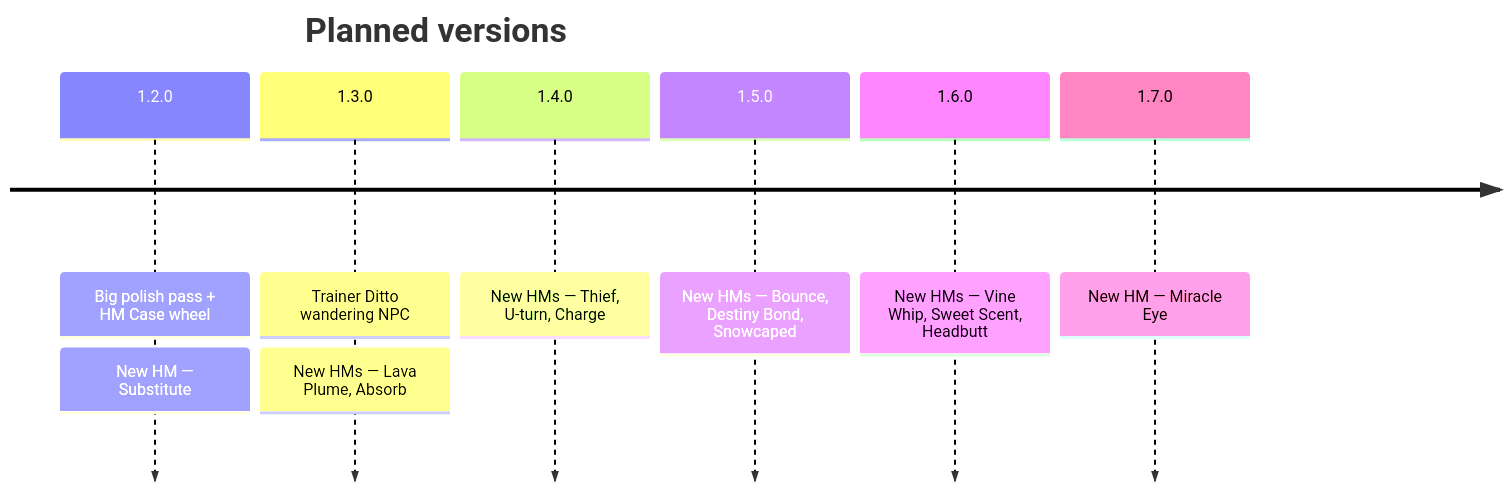
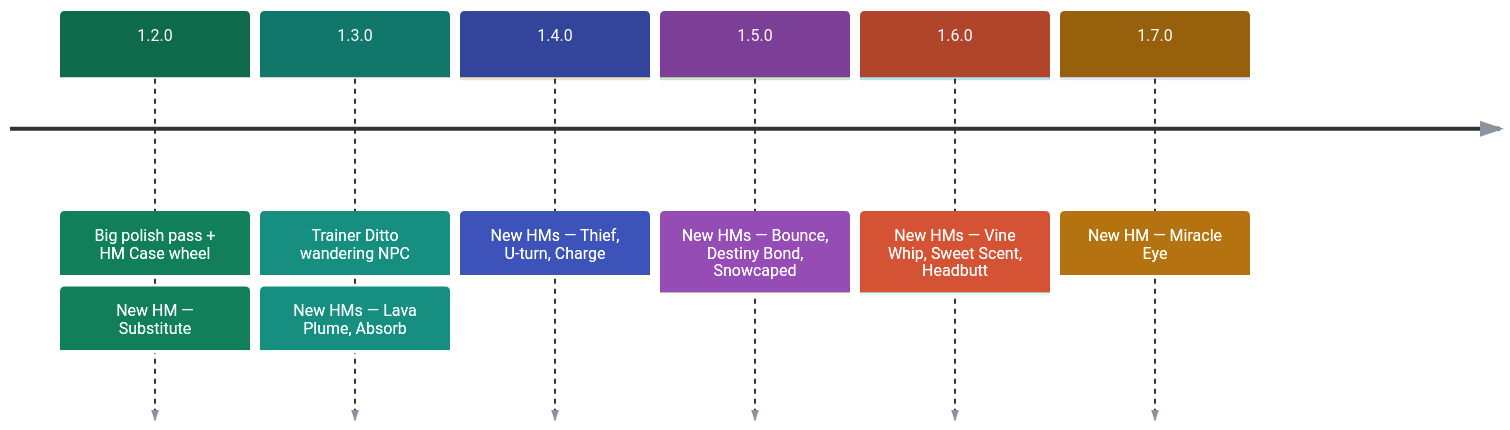
The diagram in docs/ditto-hms/roadmap.md (manucruzleiva/mod-wiki), drawn with Mermaid before and after one commit. The commit also changed other lines of this file and 17 other files, not shown here.

````diff
--- a/docs/ditto-hms/roadmap.md
+++ b/docs/ditto-hms/roadmap.md
@@ -8,10 +10,10 @@
 ```mermaid
+%%{init:{"theme":"base","themeVariables":{"cScale0":"#0e6a4b","cScaleLabel0":"#ffffff","cScale1":"#12776b","cScaleLabel1":"#ffffff","cScale2":"#33459b","cScaleLabel2":"#ffffff","cScale3":"#7c3f97","cScaleLabel3":"#ffffff","cScale4":"#b1452c","cScaleLabel4":"#ffffff","cScale5":"#96600d","cScaleLabel5":"#ffffff","lineColor":"#8b949e","textColor":"#8b949e"}}}%%
 timeline
-    title Planned versions
     1.2.0 : Big polish pass + HM Case wheel : New HM — Substitute
     1.3.0 : Trainer Ditto wandering NPC : New HMs — Lava Plume, Absorb
     1.4.0 : New HMs — Thief, U-turn, Charge
     1.5.0 : New HMs — Bounce, Destiny Bond, Snowcaped
     1.6.0 : New HMs — Vine Whip, Sweet Scent, Headbutt
     1.7.0 : New HM — Miracle Eye
 ```
````
